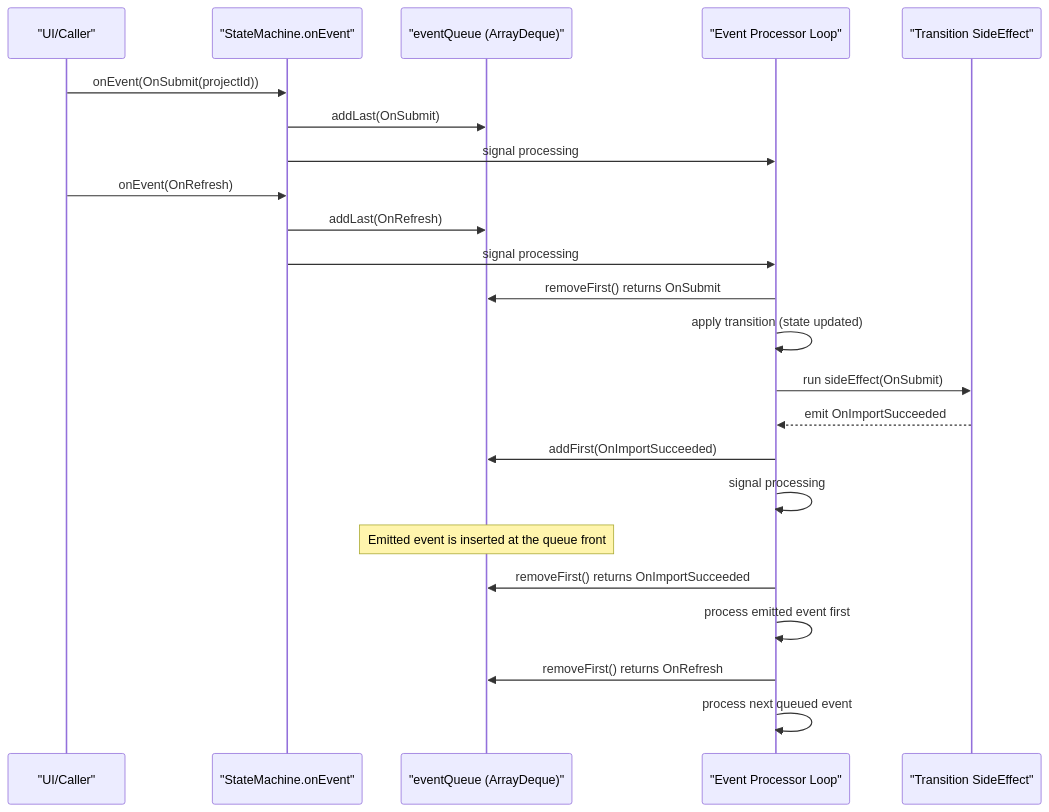
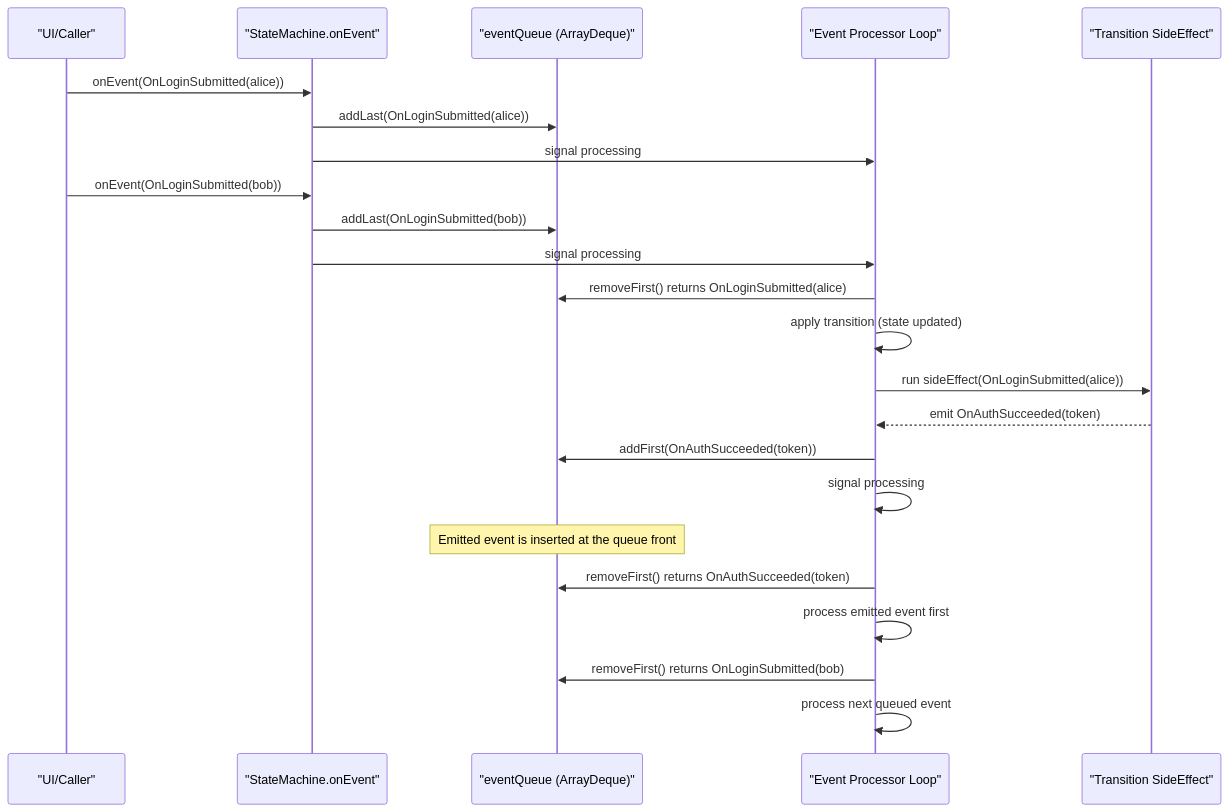
The diagram in docs/diagrams/runtime-event-processing.mmd (fshamim/stateproof), drawn with Mermaid before and after one commit. The commit also changed 5 other files, not shown here.

```diff
--- a/docs/diagrams/runtime-event-processing.mmd
+++ b/docs/diagrams/runtime-event-processing.mmd
@@ -1,29 +1,29 @@
 sequenceDiagram
     participant UI as "UI/Caller"
     participant SM as "StateMachine.onEvent"
     participant Q as "eventQueue (ArrayDeque)"
     participant P as "Event Processor Loop"
     participant FX as "Transition SideEffect"
 
-    UI->>SM: onEvent(OnSubmit(projectId))
-    SM->>Q: addLast(OnSubmit)
+    UI->>SM: onEvent(OnLoginSubmitted(alice))
+    SM->>Q: addLast(OnLoginSubmitted(alice))
     SM->>P: signal processing
 
-    UI->>SM: onEvent(OnRefresh)
-    SM->>Q: addLast(OnRefresh)
+    UI->>SM: onEvent(OnLoginSubmitted(bob))
+    SM->>Q: addLast(OnLoginSubmitted(bob))
     SM->>P: signal processing
 
-    P->>Q: removeFirst() returns OnSubmit
+    P->>Q: removeFirst() returns OnLoginSubmitted(alice)
     P->>P: apply transition (state updated)
-    P->>FX: run sideEffect(OnSubmit)
-    FX-->>P: emit OnImportSucceeded
-    P->>Q: addFirst(OnImportSucceeded)
+    P->>FX: run sideEffect(OnLoginSubmitted(alice))
+    FX-->>P: emit OnAuthSucceeded(token)
+    P->>Q: addFirst(OnAuthSucceeded(token))
     P->>P: signal processing
 
     Note over Q: Emitted event is inserted at the queue front
 
-    P->>Q: removeFirst() returns OnImportSucceeded
+    P->>Q: removeFirst() returns OnAuthSucceeded(token)
     P->>P: process emitted event first
 
-    P->>Q: removeFirst() returns OnRefresh
+    P->>Q: removeFirst() returns OnLoginSubmitted(bob)
     P->>P: process next queued event
```
